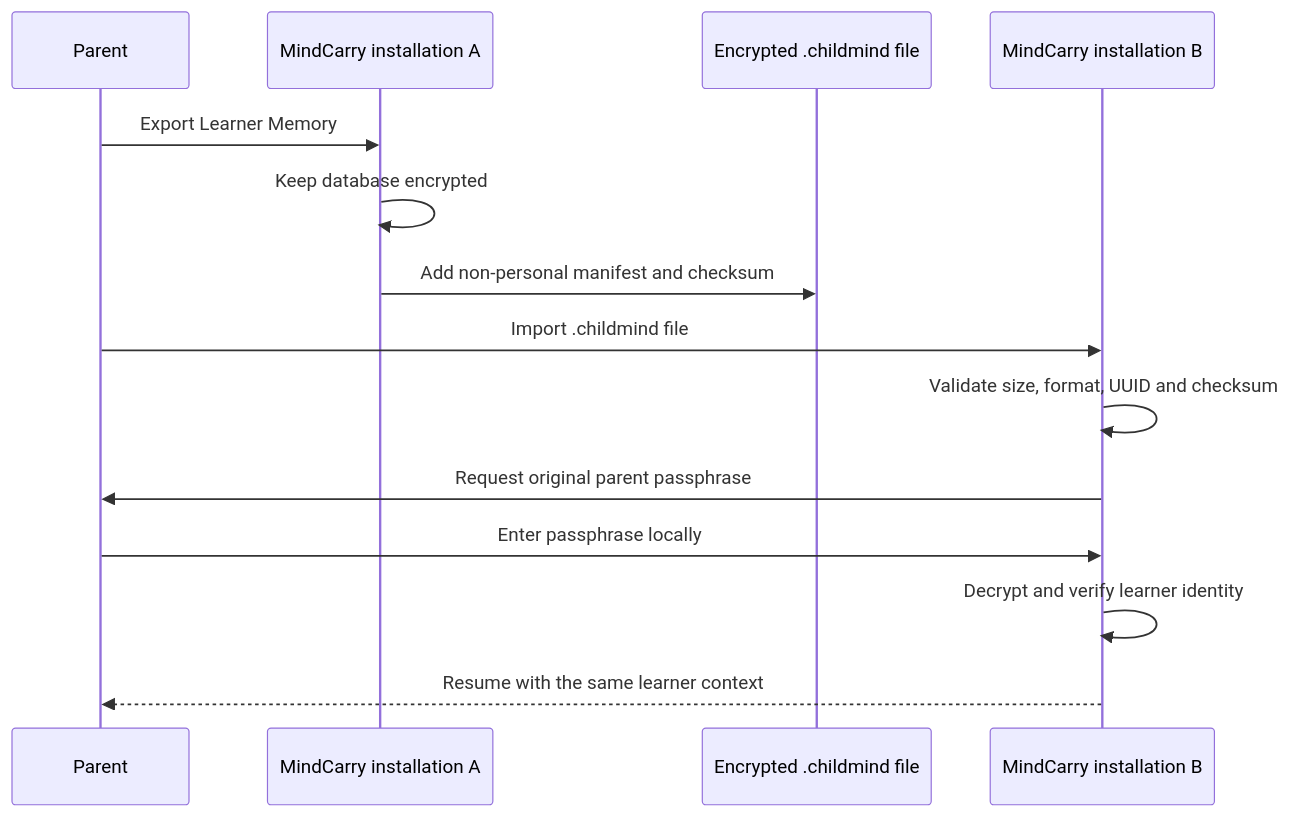
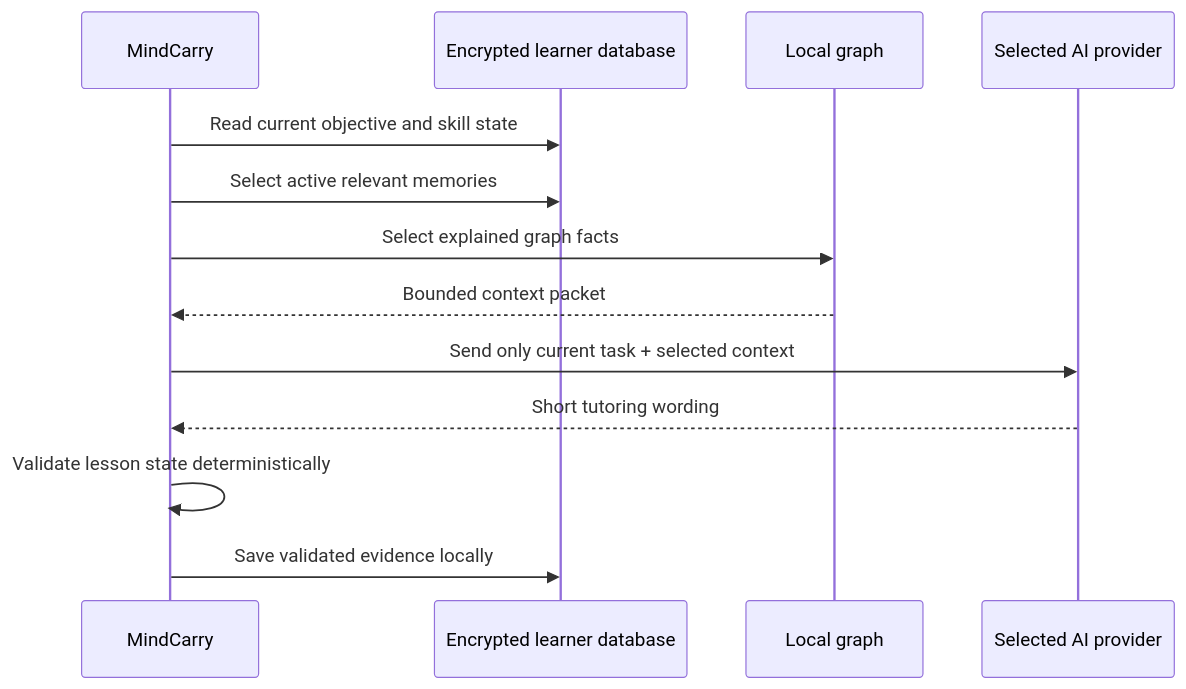
The third of 4 diagrams in README.md (inbharatai/mindcarry), drawn with Mermaid before and after one commit. The commit also changed other lines of this file and 17 other files, not shown here.

First line of the commit message:
feat: add local Learner Memory Inbox and graph

````diff
--- a/README.md
+++ b/README.md
@@ -385,17 +186,16 @@
 ```mermaid
 sequenceDiagram
-    participant P as Parent
-    participant A as MindCarry installation A
-    participant F as Encrypted .childmind file
-    participant B as MindCarry installation B
+    participant App as MindCarry
+    participant DB as Encrypted learner database
+    participant Graph as Local graph
+    participant AI as Selected AI provider
 
-    P->>A: Export Learner Memory
-    A->>A: Keep database encrypted
-    A->>F: Add non-personal manifest and checksum
-    P->>B: Import .childmind file
-    B->>B: Validate size, format, UUID and checksum
-    B->>P: Request original parent passphrase
-    P->>B: Enter passphrase locally
-    B->>B: Decrypt and verify learner identity
-    B-->>P: Resume with the same learner context
+    App->>DB: Read current objective and skill state
+    App->>DB: Select active relevant memories
+    App->>Graph: Select explained graph facts
+    Graph-->>App: Bounded context packet
+    App->>AI: Send only current task + selected context
+    AI-->>App: Short tutoring wording
+    App->>App: Validate lesson state deterministically
+    App->>DB: Save validated evidence locally
 ```
````
